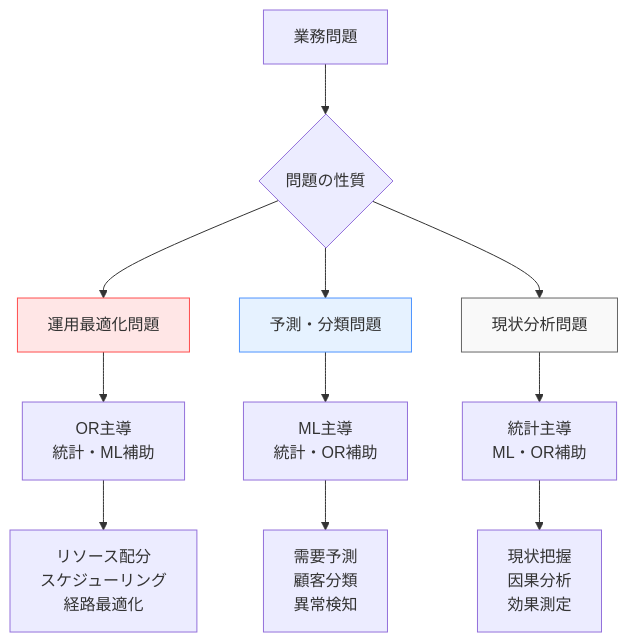
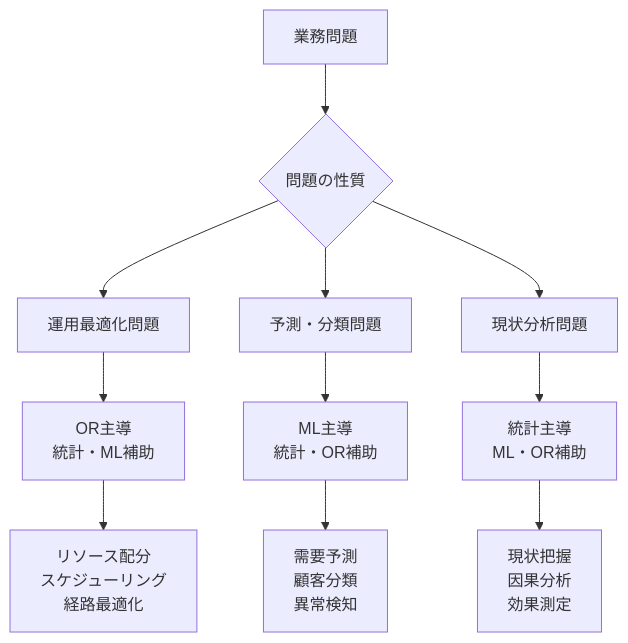
One commit to shuji-bonji/Situational-Awareness-and-Decision-Making changed the fourth of 5 diagrams in docs/decision-making-guide/data-driven-decisions.md. Above: the diagram before and after it, drawn with Mermaid. The commit also changed other lines of this file and 49 other files, not shown here.

Commit message:
fix: ダークモードで見づらい図の色の変更

````diff
--- a/docs/decision-making-guide/data-driven-decisions.md
+++ b/docs/decision-making-guide/data-driven-decisions.md
@@ -659,20 +659,20 @@
 ```mermaid
 graph TD
     A[業務問題] --> B{問題の性質}
     
     B --> C1[運用最適化問題]
     B --> C2[予測・分類問題]
     B --> C3[現状分析問題]
     
     C1 --> D1[OR主導<br/>統計・ML補助]
     C2 --> D2[ML主導<br/>統計・OR補助]
     C3 --> D3[統計主導<br/>ML・OR補助]
     
     D1 --> E1[リソース配分<br/>スケジューリング<br/>経路最適化]
     D2 --> E2[需要予測<br/>顧客分類<br/>異常検知]
     D3 --> E3[現状把握<br/>因果分析<br/>効果測定]
     
-    style C1 fill:#ffe6e6,stroke:#ff4d4d
-    style C2 fill:#e6f2ff,stroke:#4d94ff
-    style C3 fill:#f9f9f9,stroke:#666
+
+
+
 ```
````
